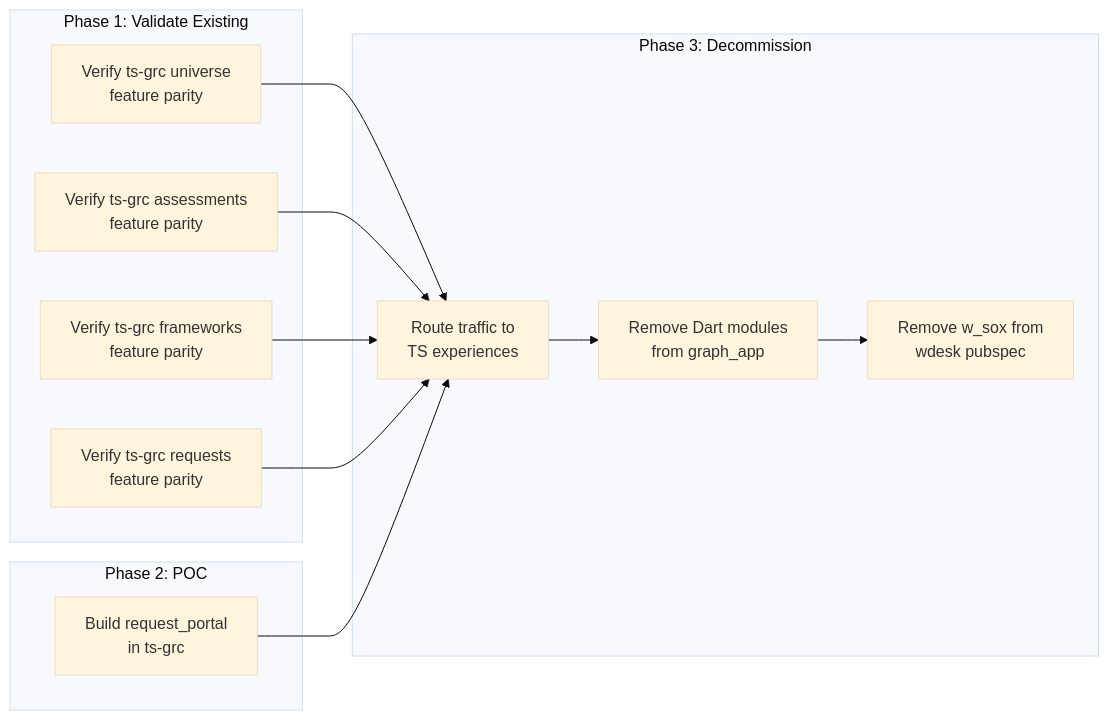
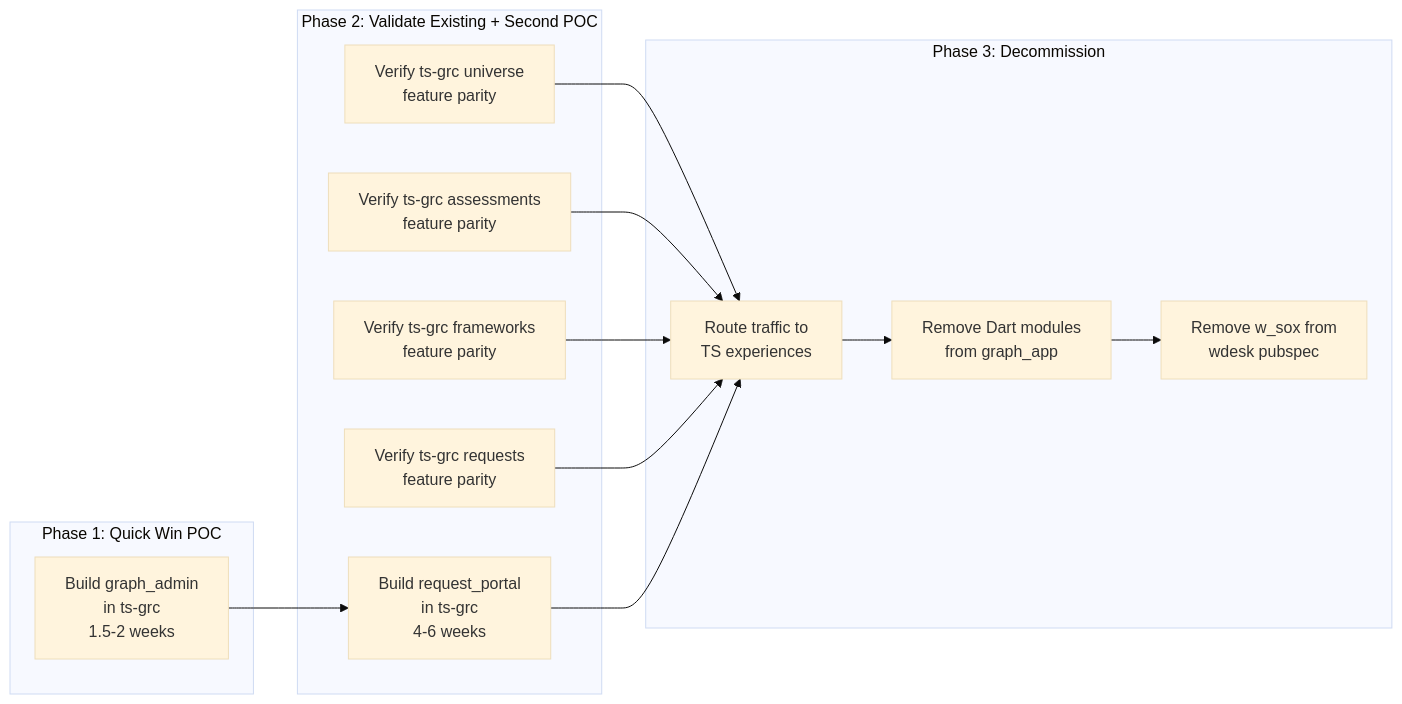
One commit to manilkumar-wk/research-and-learnings changed the ninth of 9 diagrams in SA-TOOLS/dart-to-typescript-migration-poc-analysis_claude.md. Above: the diagram before and after it, drawn with Mermaid (base theme). The commit also changed other lines of this file, not shown here.

First line of the commit message:
add: graph_admin analysis and two-phase POC strategy

````diff
--- a/SA-TOOLS/dart-to-typescript-migration-poc-analysis_claude.md
+++ b/SA-TOOLS/dart-to-typescript-migration-poc-analysis_claude.md
@@ -1332,27 +1505,29 @@
 ```mermaid
 graph LR
-    subgraph "Phase 1: Validate Existing"
+    subgraph "Phase 1: Quick Win POC"
+        POC1[Build graph_admin<br/>in ts-grc<br/>1.5-2 weeks]
+    end
+
+    subgraph "Phase 2: Validate Existing + Second POC"
         V1[Verify ts-grc universe<br/>feature parity]
         V2[Verify ts-grc assessments<br/>feature parity]
         V3[Verify ts-grc frameworks<br/>feature parity]
         V4[Verify ts-grc requests<br/>feature parity]
-    end
-
-    subgraph "Phase 2: POC"
-        POC[Build request_portal<br/>in ts-grc]
+        POC2[Build request_portal<br/>in ts-grc<br/>4-6 weeks]
     end
 
     subgraph "Phase 3: Decommission"
         D1[Route traffic to<br/>TS experiences]
         D2[Remove Dart modules<br/>from graph_app]
         D3[Remove w_sox from<br/>wdesk pubspec]
     end
 
+    POC1 --> POC2
     V1 --> D1
     V2 --> D1
     V3 --> D1
     V4 --> D1
-    POC --> D1
+    POC2 --> D1
     D1 --> D2
     D2 --> D3
 ```
````
